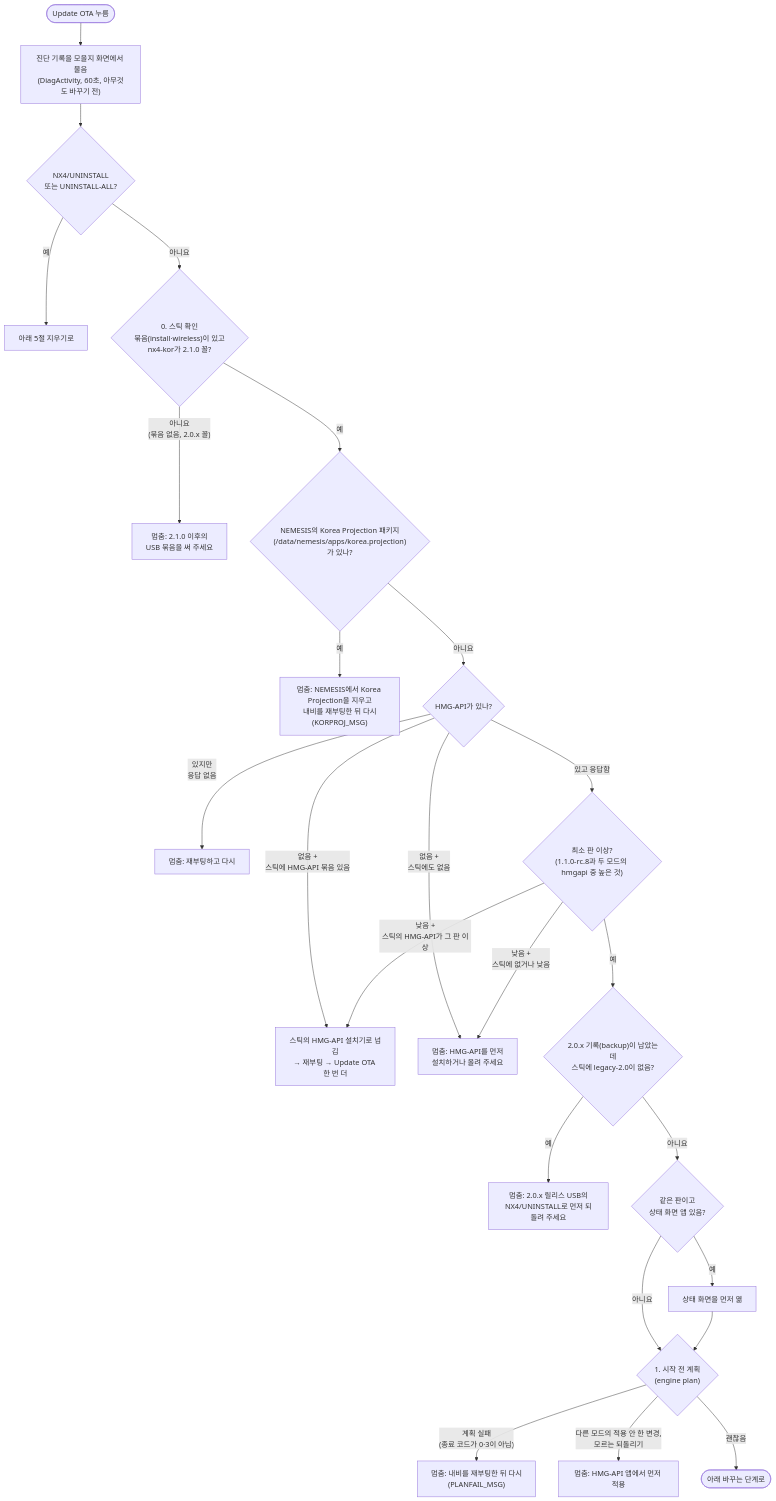
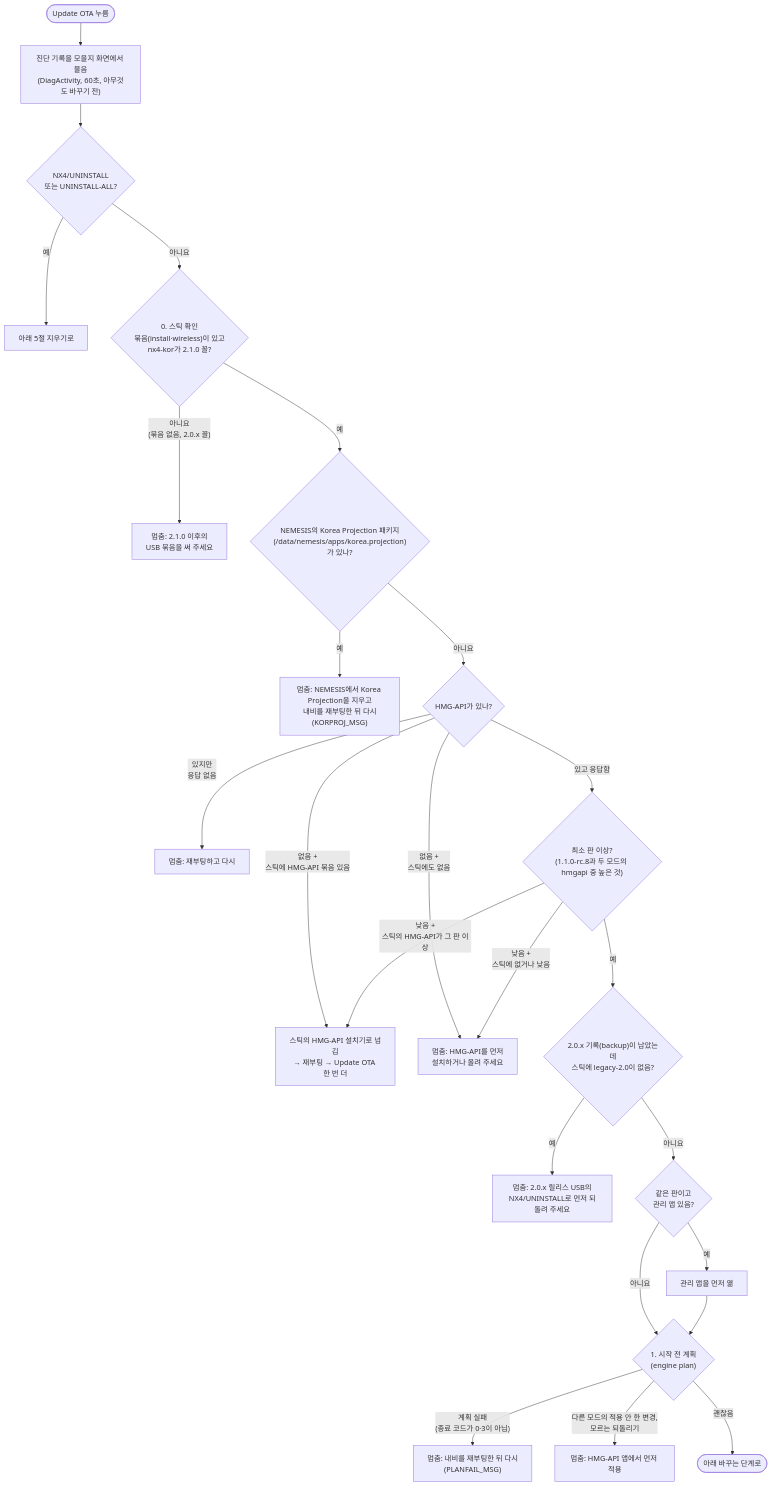
The second of 7 diagrams in docs/flow.md (jay-park-lab/hmgapi-nx4-kor), drawn with Mermaid before and after one commit. The commit also changed other lines of this file and 30 other files, not shown here.

````diff
--- a/docs/flow.md
+++ b/docs/flow.md
@@ -52,26 +52,26 @@
 ```mermaid
 flowchart TD
   S(["Update OTA 누름"]) --> DIAG["진단 기록을 모을지 화면에서 물음<br/>(DiagActivity, 60초, 아무것도 바꾸기 전)"]
   DIAG --> UN{"NX4/UNINSTALL<br/>또는 UNINSTALL-ALL?"}
   UN -->|"예"| DEL["아래 5절 지우기로"]
   UN -->|"아니요"| S0{"0. 스틱 확인<br/>묶음(install·wireless)이 있고<br/>nx4-kor가 2.1.0 꼴?"}
   S0 -->|"아니요<br/>(묶음 없음, 2.0.x 꼴)"| STOP0["멈춤: 2.1.0 이후의<br/>USB 묶음을 써 주세요"]
   S0 -->|"예"| KPKG{"NEMESIS의 Korea Projection 패키지<br/>(/data/nemesis/apps/korea.projection)가 있나?"}
   KPKG -->|"예"| STOPK["멈춤: NEMESIS에서 Korea Projection을 지우고<br/>내비를 재부팅한 뒤 다시(KORPROJ_MSG)"]
   KPKG -->|"아니요"| H{"HMG-API가 있나?"}
   H -->|"없음 +<br/>스틱에 HMG-API 묶음 있음"| HU["스틱의 HMG-API 설치기로 넘김<br/>→ 재부팅 → Update OTA 한 번 더"]
   H -->|"없음 +<br/>스틱에도 없음"| STOP1["멈춤: HMG-API를 먼저<br/>설치하거나 올려 주세요"]
   H -->|"있지만<br/>응답 없음"| STOP2["멈춤: 재부팅하고 다시"]
   H -->|"있고 응답함"| VER{"최소 판 이상?<br/>(1.1.0-rc.8과 두 모드의 hmgapi 중 높은 것)"}
   VER -->|"낮음 +<br/>스틱의 HMG-API가 그 판 이상"| HU
   VER -->|"낮음 +<br/>스틱에 없거나 낮음"| STOP1
   VER -->|"예"| BK{"2.0.x 기록(backup)이 남았는데<br/>스틱에 legacy-2.0이 없음?"}
   BK -->|"예"| STOP3["멈춤: 2.0.x 릴리스 USB의<br/>NX4/UNINSTALL로 먼저 되돌려 주세요"]
-  BK -->|"아니요"| SAME{"같은 판이고<br/>상태 화면 앱 있음?"}
-  SAME -->|"예"| OPEN0["상태 화면을 먼저 엶"]
+  BK -->|"아니요"| SAME{"같은 판이고<br/>관리 앱 있음?"}
+  SAME -->|"예"| OPEN0["관리 앱을 먼저 엶"]
   SAME -->|"아니요"| P1
   OPEN0 --> P1{"1. 시작 전 계획<br/>(engine plan)"}
   P1 -->|"계획 실패<br/>(종료 코드가 0·3이 아님)"| STOP4["멈춤: 내비를 재부팅한 뒤 다시<br/>(PLANFAIL_MSG)"]
   P1 -->|"다른 모드의 적용 안 한 변경,<br/>모르는 되돌리기"| STOP5["멈춤: HMG-API 앱에서 먼저 적용"]
   P1 -->|"괜찮음"| GO(["아래 바꾸는 단계로"])
 ```
````
